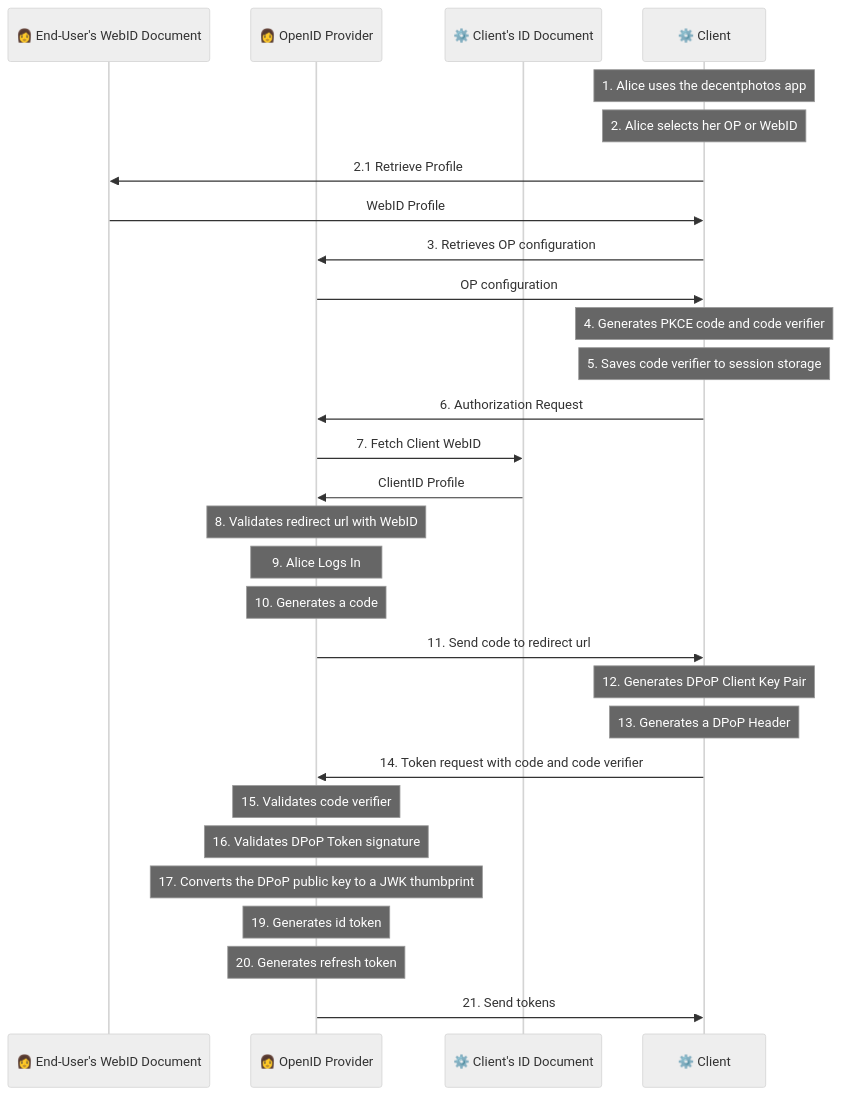
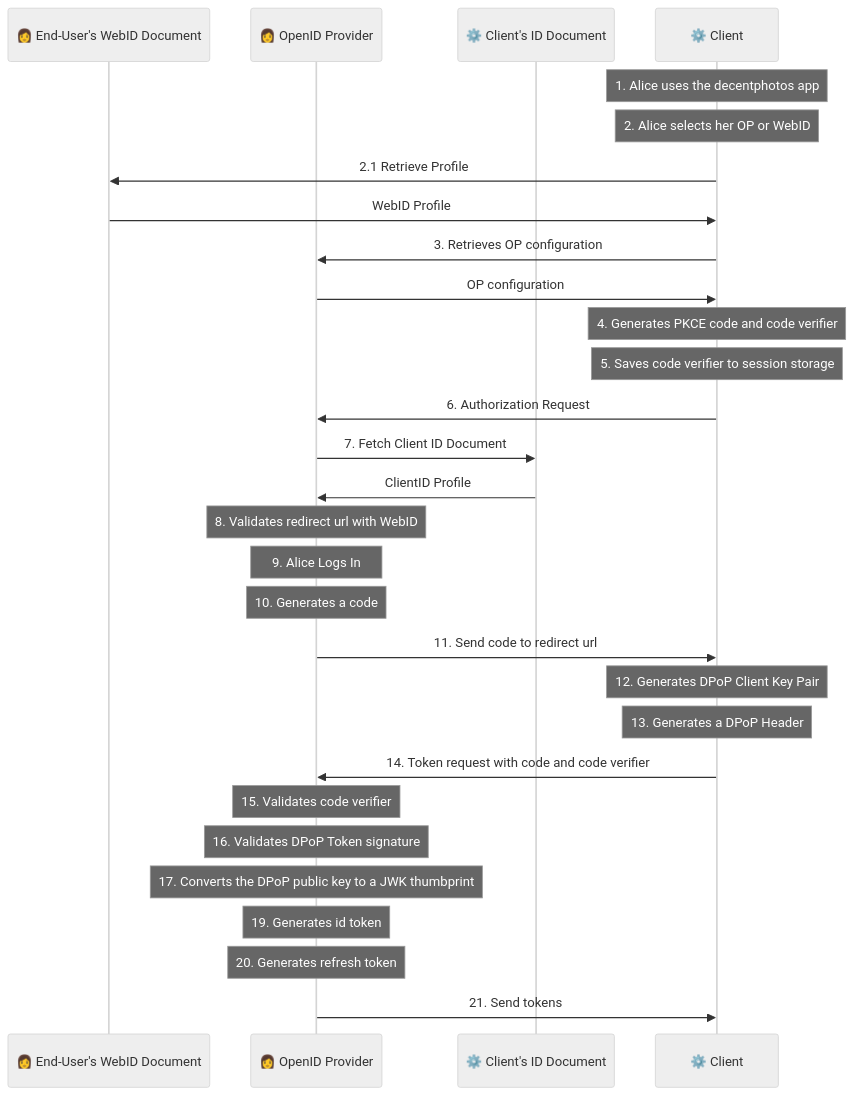
One commit to solid/solid-oidc changed the diagram in primer/primer-login.mmd. Above: the diagram before and after it, drawn with Mermaid (neutral theme).

Commit message:
Use Client ID Document terminology

```diff
--- a/primer/primer-login.mmd
+++ b/primer/primer-login.mmd
@@ -1,29 +1,29 @@
 sequenceDiagram
   participant WebID as 👩 End-User's WebID Document
   participant OP as 👩 OpenID Provider
   participant ClientID as ⚙️ Client's ID Document
   participant Client as ⚙️ Client
   note over Client: 1. Alice uses the decentphotos app
   note over Client: 2. Alice selects her OP or WebID
   Client->>WebID: 2.1 Retrieve Profile
   WebID->>Client: WebID Profile
   Client->>OP: 3. Retrieves OP configuration
   OP->>Client: OP configuration
   note over Client: 4. Generates PKCE code and code verifier
   note over Client: 5. Saves code verifier to session storage
   Client->>OP: 6. Authorization Request
-  OP->>ClientID: 7. Fetch Client WebID
+  OP->>ClientID: 7. Fetch Client ID Document
   ClientID->>OP: ClientID Profile
   note over OP: 8. Validates redirect url with WebID
   note over OP: 9. Alice Logs In
   note over OP: 10. Generates a code
   OP->>Client: 11. Send code to redirect url
   note over Client: 12. Generates DPoP Client Key Pair
   note over Client: 13. Generates a DPoP Header
   Client->>OP: 14. Token request with code and code verifier
   note over OP: 15. Validates code verifier
   note over OP: 16. Validates DPoP Token signature
   note over OP: 17. Converts the DPoP public key to a JWK thumbprint
   note over OP: 19. Generates id token
   note over OP: 20. Generates refresh token
   OP->>Client: 21. Send tokens
```
